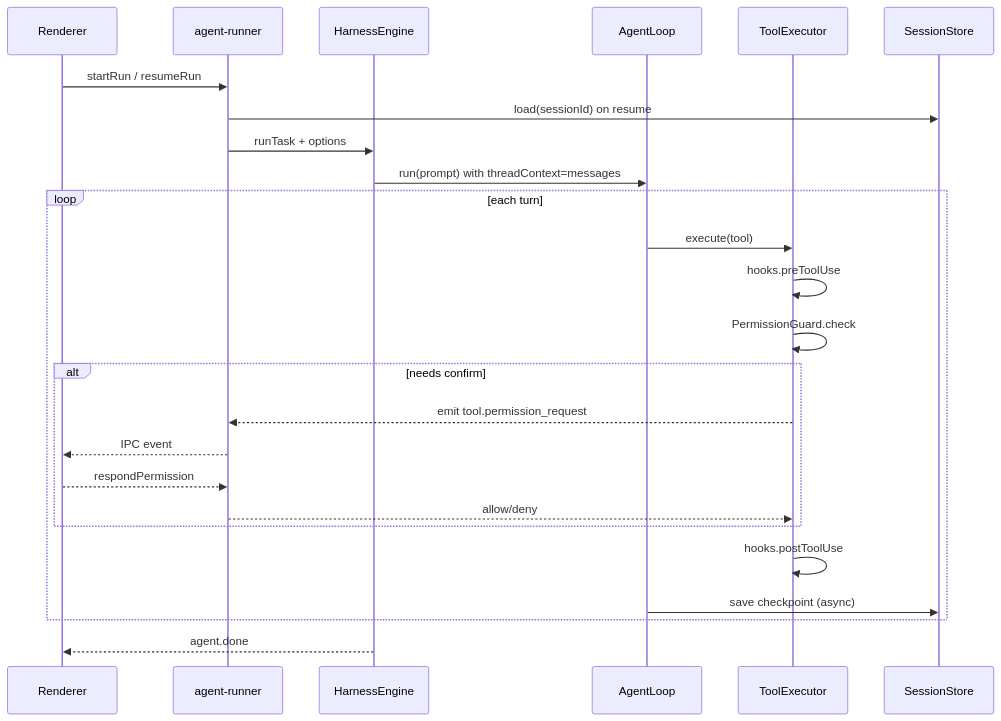
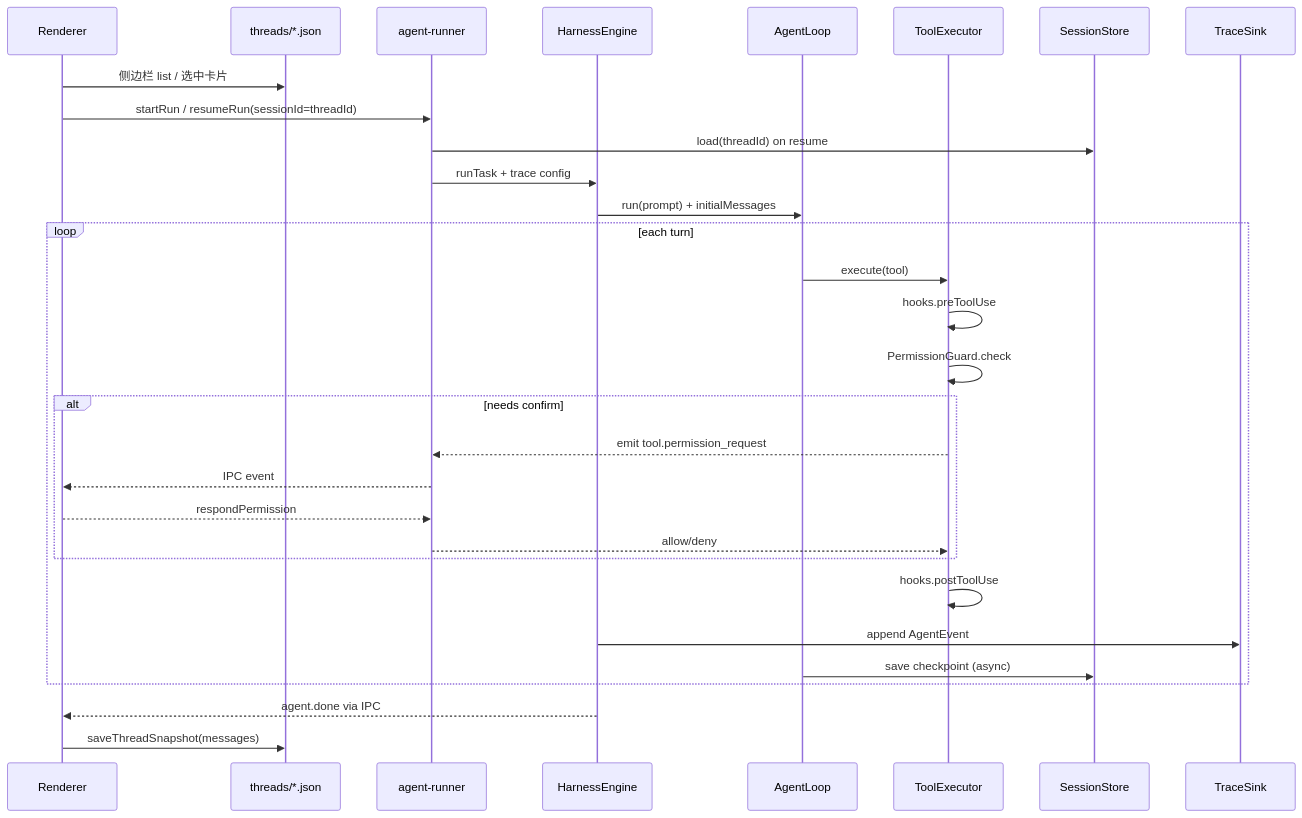
One commit to rikkiwang1224/coding-agent-chat-oss changed the diagram in docs/design/harness-p1-productization.md. Above: the diagram before and after it, drawn with Mermaid. The commit also changed other lines of this file and 34 other files, not shown here.

````diff
--- a/docs/design/harness-p1-productization.md
+++ b/docs/design/harness-p1-productization.md
@@ -28,28 +33,33 @@
 ```mermaid
 sequenceDiagram
   participant UI as Renderer
+  participant TS as threads/*.json
   participant Main as agent-runner
   participant HE as HarnessEngine
   participant AL as AgentLoop
   participant TE as ToolExecutor
   participant SS as SessionStore
+  participant TR as TraceSink
 
-  UI->>Main: startRun / resumeRun
-  Main->>SS: load(sessionId) on resume
-  Main->>HE: runTask + options
-  HE->>AL: run(prompt) with threadContext=messages
+  UI->>TS: 侧边栏 list / 选中卡片
+  UI->>Main: startRun / resumeRun(sessionId=threadId)
+  Main->>SS: load(threadId) on resume
+  Main->>HE: runTask + trace config
+  HE->>AL: run(prompt) + initialMessages
   loop each turn
     AL->>TE: execute(tool)
     TE->>TE: hooks.preToolUse
     TE->>TE: PermissionGuard.check
     alt needs confirm
       TE-->>Main: emit tool.permission_request
       Main-->>UI: IPC event
       UI-->>Main: respondPermission
       Main-->>TE: allow/deny
     end
     TE->>TE: hooks.postToolUse
+    HE->>TR: append AgentEvent
     AL->>SS: save checkpoint (async)
   end
-  HE-->>UI: agent.done
+  HE-->>UI: agent.done via IPC
+  UI->>TS: saveThreadSnapshot(messages)
 ```
````
